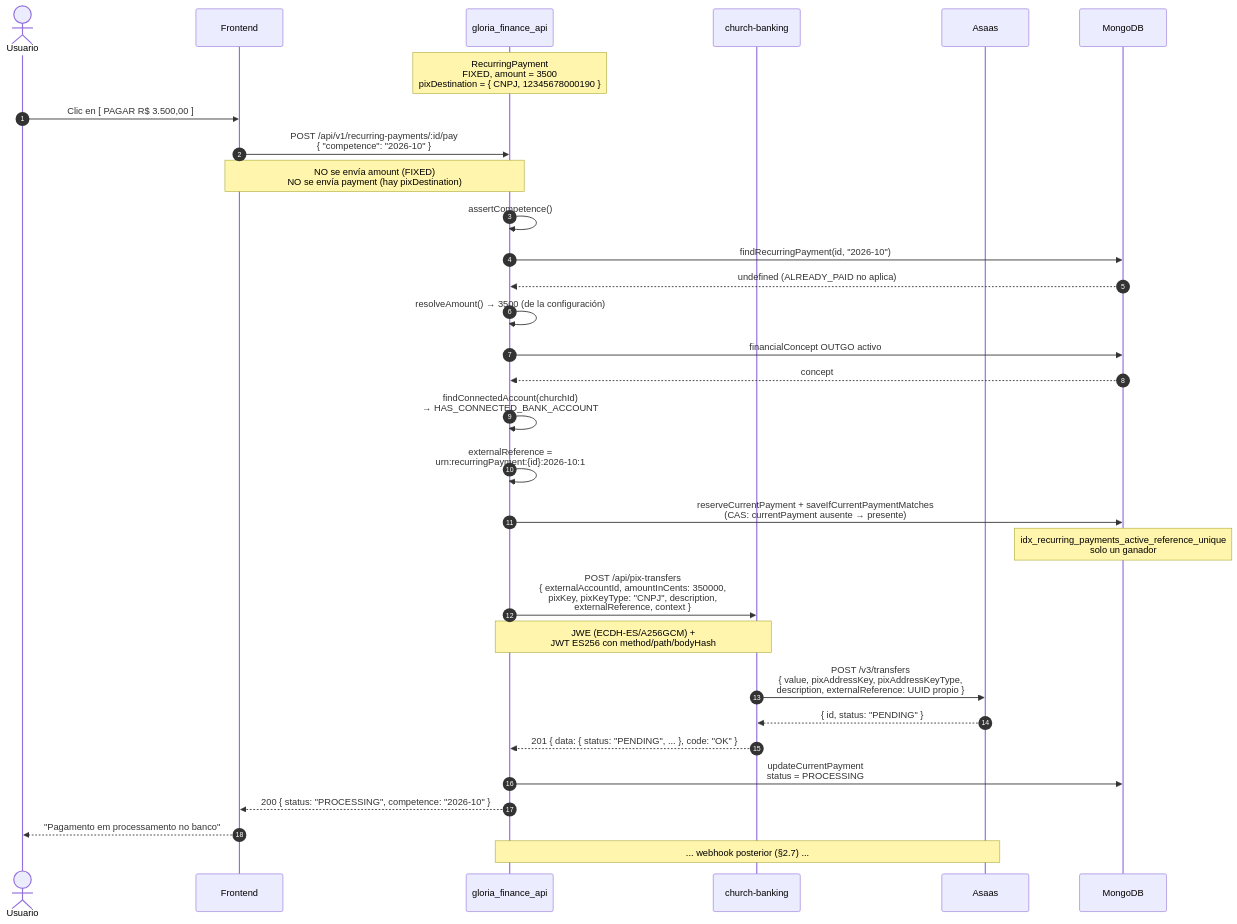
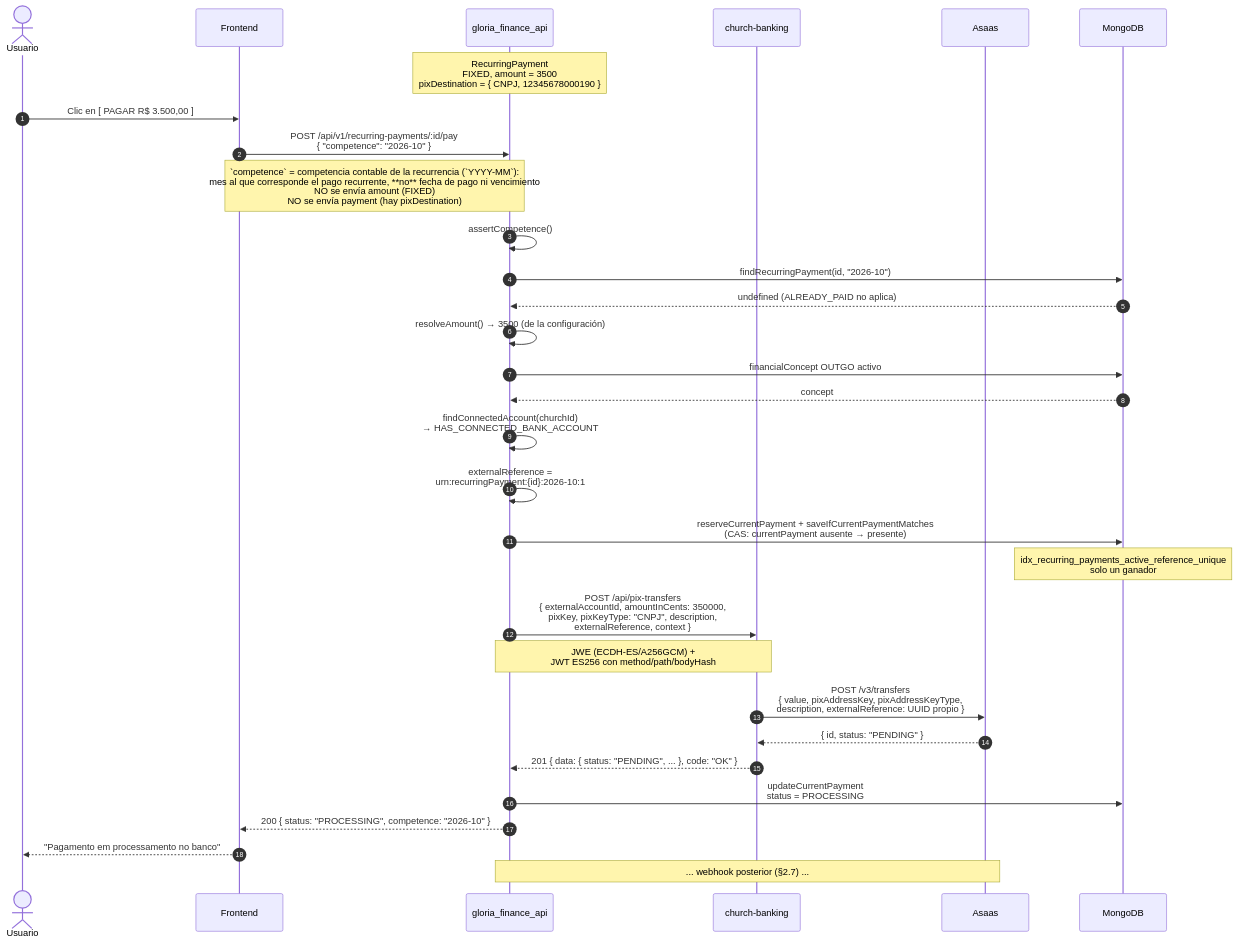
One commit to gloriafinance/gloria_finance_api changed the fourth of 17 diagrams in docs/recurring-payments-diagrams.md. Above: the diagram before and after it, drawn with Mermaid. The commit also changed 22 other files, not shown here.

````diff
--- a/docs/recurring-payments-diagrams.md
+++ b/docs/recurring-payments-diagrams.md
@@ -212,41 +212,41 @@
 ```mermaid
 sequenceDiagram
     autonumber
     actor U as Usuario
     participant FE as Frontend
     participant API as gloria_finance_api
     participant CB as church-banking
     participant ASAAS as Asaas
     participant DB as MongoDB
 
     Note over API: RecurringPayment<br/>FIXED, amount = 3500<br/>pixDestination = { CNPJ, 12345678000190 }
 
     U->>FE: Clic en [ PAGAR R$ 3.500,00 ]
     FE->>API: POST /api/v1/recurring-payments/:id/pay<br/>{ "competence": "2026-10" }
-    Note over FE,API: NO se envía amount (FIXED)<br/>NO se envía payment (hay pixDestination)
+    Note over FE,API: `competence` = competencia contable de la recurrencia (`YYYY-MM`):<br/>mes al que corresponde el pago recurrente, **no** fecha de pago ni vencimiento<br/>NO se envía amount (FIXED)<br/>NO se envía payment (hay pixDestination)
 
     API->>API: assertCompetence()
     API->>DB: findRecurringPayment(id, "2026-10")
     DB-->>API: undefined (ALREADY_PAID no aplica)
     API->>API: resolveAmount() → 3500 (de la configuración)
     API->>DB: financialConcept OUTGO activo
     DB-->>API: concept
     API->>API: findConnectedAccount(churchId)<br/>→ HAS_CONNECTED_BANK_ACCOUNT
 
     API->>API: externalReference =<br/>urn:recurringPayment:{id}:2026-10:1
     API->>DB: reserveCurrentPayment + saveIfCurrentPaymentMatches<br/>(CAS: currentPayment ausente → presente)
     Note over DB: idx_recurring_payments_active_reference_unique<br/>solo un ganador
 
     API->>CB: POST /api/pix-transfers<br/>{ externalAccountId, amountInCents: 350000,<br/>pixKey, pixKeyType: "CNPJ", description,<br/>externalReference, context }
     Note over API,CB: JWE (ECDH-ES/A256GCM) +<br/>JWT ES256 con method/path/bodyHash
 
     CB->>ASAAS: POST /v3/transfers<br/>{ value, pixAddressKey, pixAddressKeyType,<br/>description, externalReference: UUID propio }
     ASAAS-->>CB: { id, status: "PENDING" }
     CB-->>API: 201 { data: { status: "PENDING", ... }, code: "OK" }
 
     API->>DB: updateCurrentPayment<br/>status = PROCESSING
     API-->>FE: 200 { status: "PROCESSING", competence: "2026-10" }
     FE-->>U: "Pagamento em processamento no banco"
 
     Note over ASAAS,API: ... webhook posterior (§2.7) ...
 ```
````
